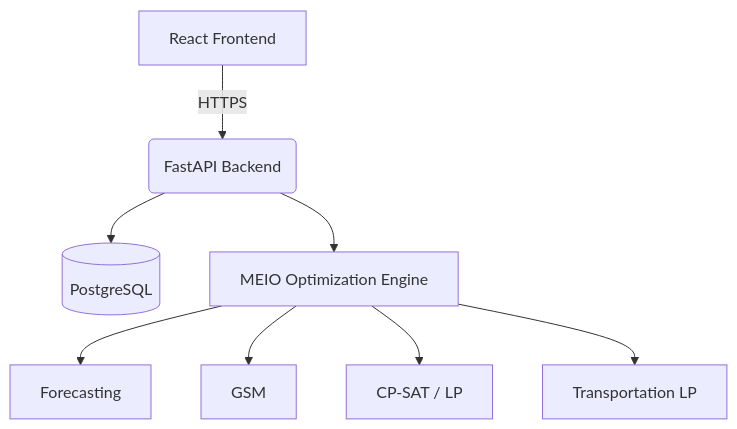
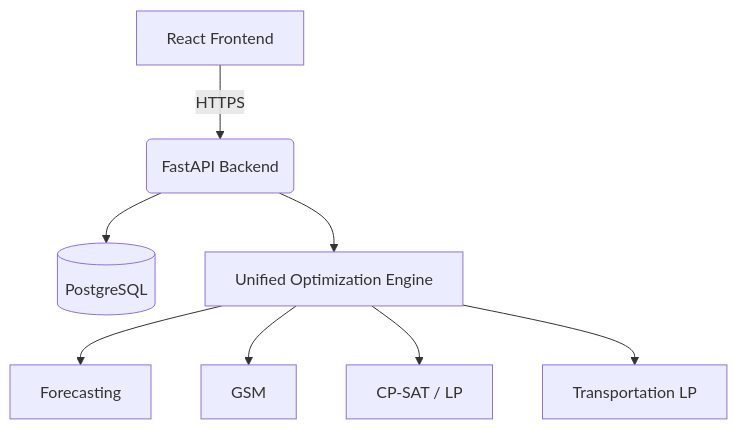
One commit to kavya-7777/unified-inventory-optimizer changed the diagram in README.md. Above: the diagram before and after it, drawn with Mermaid. The commit also changed other lines of this file and 13 other files, not shown here.

````diff
--- a/README.md
+++ b/README.md
@@ -6,10 +6,10 @@
 ```mermaid
 graph TD
     A[React Frontend] -->|HTTPS| B(FastAPI Backend)
     B --> C[(PostgreSQL)]
-    B --> D[MEIO Optimization Engine]
+    B --> D[Unified Optimization Engine]
     D --> E[Forecasting]
     D --> F[GSM]
     D --> G[CP-SAT / LP]
     D --> H[Transportation LP]
 ```
````
